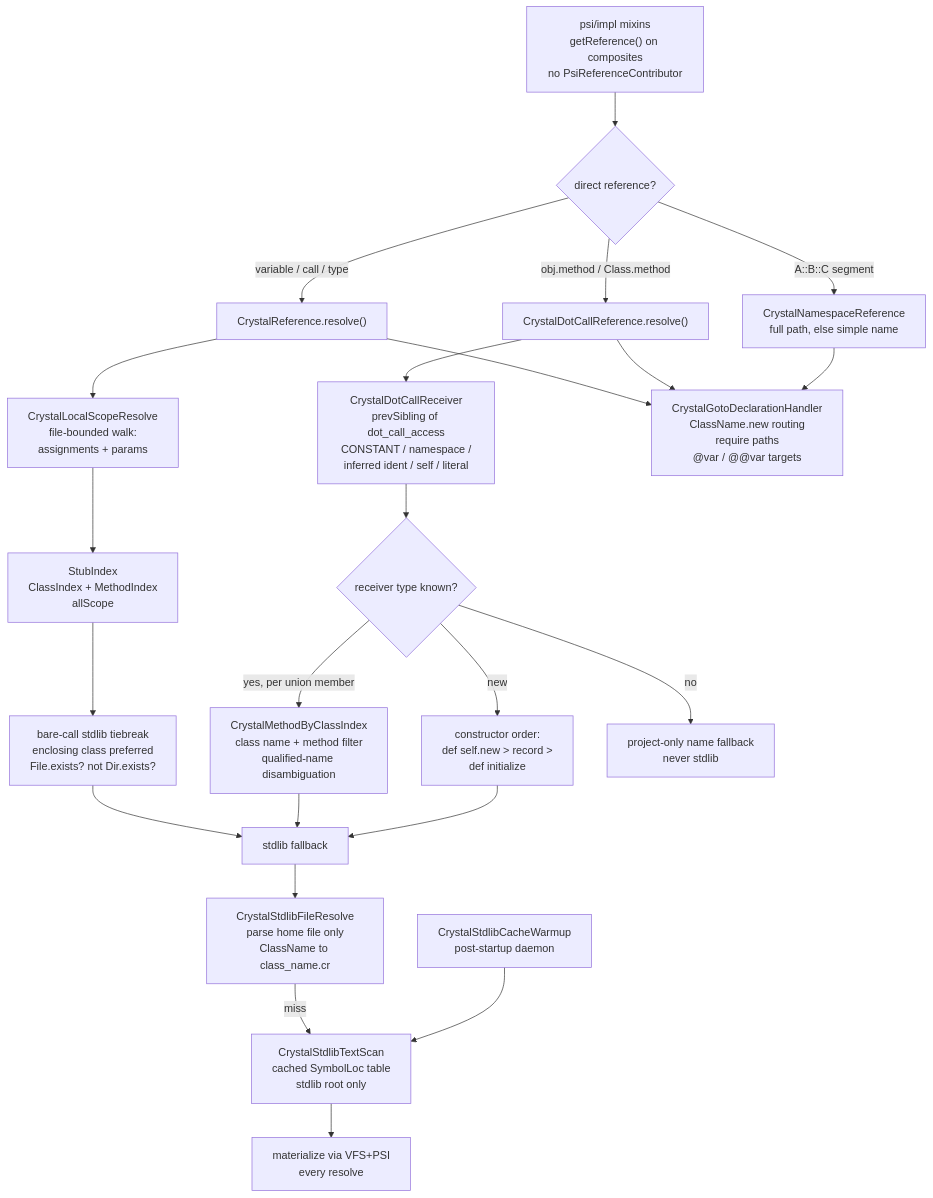
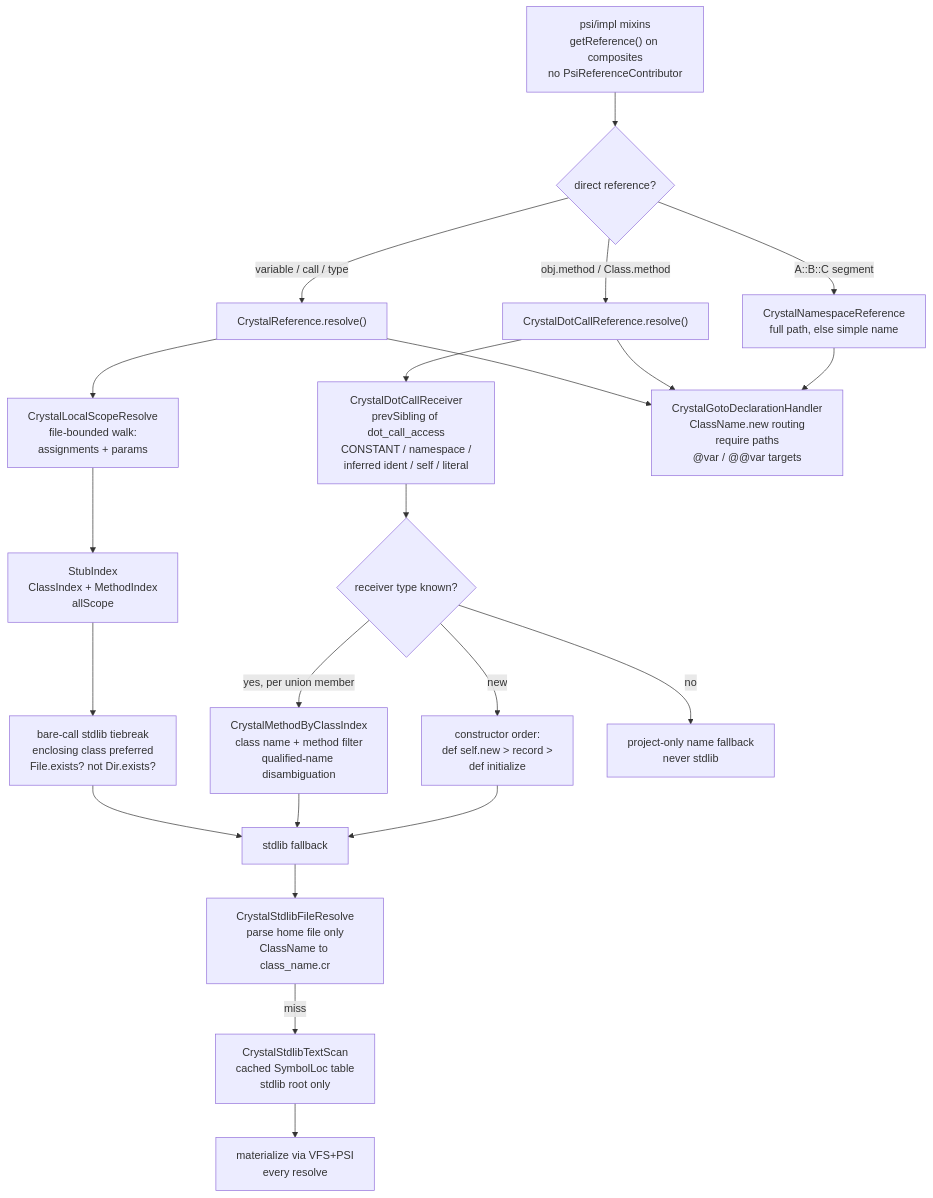
The diagram in docs/diagrams/resolution.mmd (unurgunite/fast-intellij-crystal), drawn with Mermaid before and after one commit. The commit also changed 8 other files, not shown here.

Commit message:
[1.0.0] Remove all @Suppress in hand code; delete dead stdlib warmup

```diff
--- a/docs/diagrams/resolution.mmd
+++ b/docs/diagrams/resolution.mmd
@@ -1,29 +1,27 @@
 flowchart TB
     Mixins["psi/impl mixins\ngetReference() on composites\nno PsiReferenceContributor"]
     Mixins --> Direct{"direct reference?"}
     Direct -->|variable / call / type| CrystalRef["CrystalReference.resolve()"]
     Direct -->|obj.method / Class.method| DotRef["CrystalDotCallReference.resolve()"]
     Direct -->|A::B::C segment| NsRef["CrystalNamespaceReference\nfull path, else simple name"]
 
     CrystalRef --> LocalScope["CrystalLocalScopeResolve\nfile-bounded walk:\nassignments + params"]
     LocalScope --> StubIdx["StubIndex\nClassIndex + MethodIndex\nallScope"]
     StubIdx --> Tiebreak["bare-call stdlib tiebreak\nenclosing class preferred\nFile.exists? not Dir.exists?"]
     Tiebreak --> StdlibFB["stdlib fallback"]
 
     DotRef --> RecvScan["CrystalDotCallReceiver\nprevSibling of dot_call_access\nCONSTANT / namespace /\ninferred ident / self / literal"]
     RecvScan --> Known{"receiver type known?"}
     Known -->|yes, per union member| ByClass["CrystalMethodByClassIndex\nclass name + method filter\nqualified-name disambiguation"]
     Known -->|new| Ctor["constructor order:\ndef self.new > record >\ndef initialize"]
     Known -->|no| ProjFallback["project-only name fallback\nnever stdlib"]
     ByClass --> StdlibFB
     Ctor --> StdlibFB
 
     StdlibFB --> HomeFile["CrystalStdlibFileResolve\nparse home file only\nClassName to class_name.cr"]
     HomeFile -->|miss| TextScan["CrystalStdlibTextScan\ncached SymbolLoc table\nstdlib root only"]
     TextScan --> Materialize["materialize via VFS+PSI\nevery resolve"]
 
     CrystalRef --> GotoHandler["CrystalGotoDeclarationHandler\nClassName.new routing\nrequire paths\n@var / @@var targets"]
     DotRef --> GotoHandler
     NsRef --> GotoHandler
-
-    Warmup["CrystalStdlibCacheWarmup\npost-startup daemon"] --> TextScan
```
